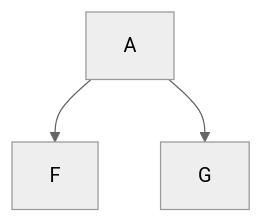
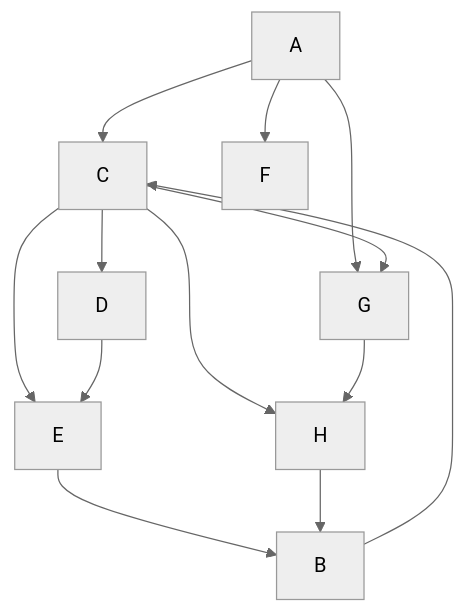
One commit to bfeitknecht/vault changed the diagram in vault/sem1/AuD/UE/U11/AuD_U11_bf.md. Above: the diagram before and after it, drawn with Mermaid (neutral theme). The commit also changed 1 other file, not shown here.

Commit message:
vault backup: 2023-12-10 08:57:36 from MacBooc Pro
Affected files:
vault/.obsidian/workspace.json
vault/sem1/AuD/UE/U11/AuD_U11_bf.md

````diff
--- a/vault/sem1/AuD/UE/U11/AuD_U11_bf.md
+++ b/vault/sem1/AuD/UE/U11/AuD_U11_bf.md
@@ -3,6 +3,17 @@
 ```mermaid
 graph TD;
-	A
+	A-->C;
 	A-->F;
 	A-->G;
+	B-->C;
+	C-->D;
+	C-->E;
+	C-->G;
+	C-->H;
+	D-->E;
+	E-->B;
+	G-->H;
+	H-->B;
+	
+	
 ```
````
